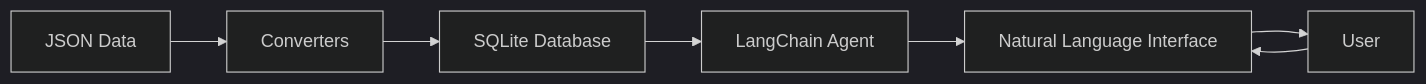
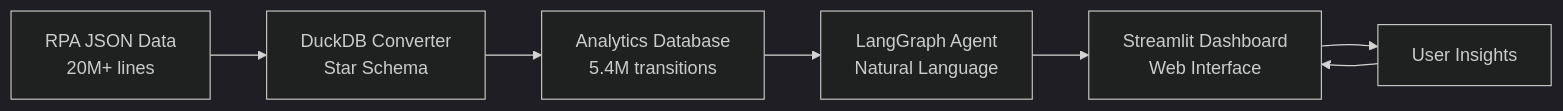
One commit to mihiarc/rpa-landuse changed the diagram in docs/index.md. Above: the diagram before and after it, drawn with Mermaid (dark theme). The commit also changed other lines of this file and 9 other files, not shown here.

````diff
--- a/docs/index.md
+++ b/docs/index.md
@@ -52,9 +71,9 @@
 ```mermaid
 graph LR
-    A[JSON Data] --> B[Converters]
-    B --> C[SQLite Database]
-    C --> D[LangChain Agent]
-    D --> E[Natural Language Interface]
-    E --> F[User]
+    A[RPA JSON Data<br/>20M+ lines] --> B[DuckDB Converter<br/>Star Schema]
+    B --> C[Analytics Database<br/>5.4M transitions]
+    C --> D[LangGraph Agent<br/>Natural Language]
+    D --> E[Streamlit Dashboard<br/>Web Interface]
+    E --> F[User Insights]
     F --> E
 ```
````
